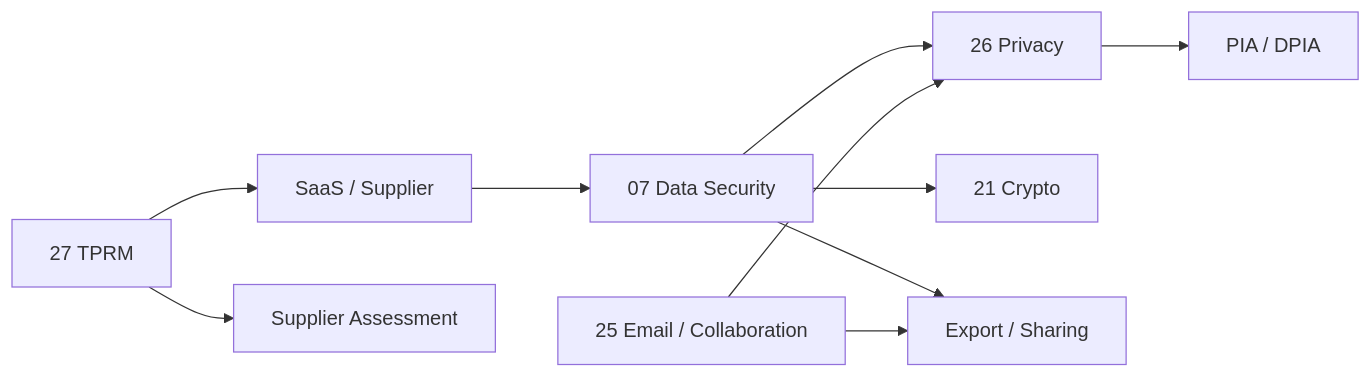
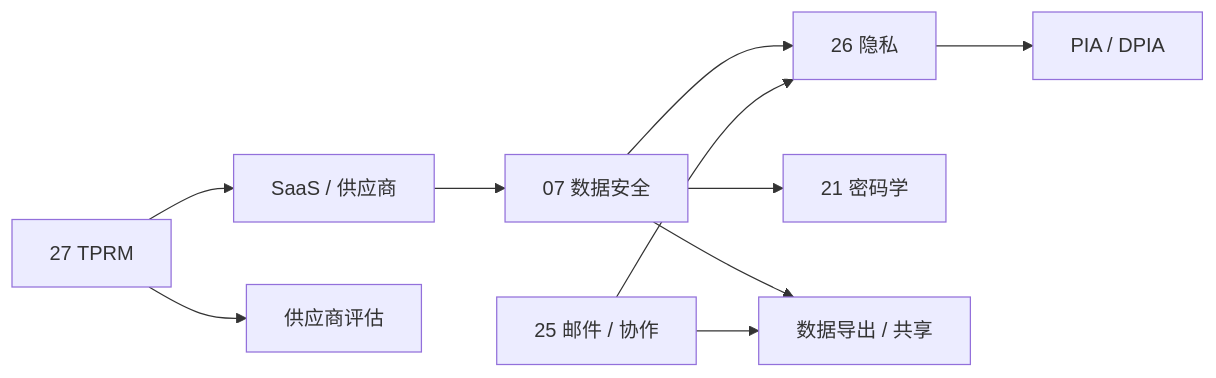
One commit to xiaochen201807/company-network-security-docs changed the sixth of 10 diagrams in docs/公司安全知识图谱.md. Above: the diagram before and after it, drawn with Mermaid. The commit also changed other lines of this file and 81 other files, not shown here.

```diff
--- a/docs/公司安全知识图谱.md
+++ b/docs/公司安全知识图谱.md
@@ -311,15 +311,15 @@
 ~~~mermaid
 flowchart LR
-    DATA["07 Data Security"] --> PRIV["26 Privacy"]
-    DATA --> CRYPTO["21 Crypto"]
-    DATA --> EXPORT["Export / Sharing"]
+    DATA["07 数据安全"] --> PRIV["26 隐私"]
+    DATA --> CRYPTO["21 密码学"]
+    DATA --> EXPORT["数据导出 / 共享"]
 
-    VENDOR["27 TPRM"] --> SAAS["SaaS / Supplier"]
+    VENDOR["27 TPRM"] --> SAAS["SaaS / 供应商"]
     SAAS --> DATA
 
-    EMAIL["25 Email / Collaboration"] --> EXPORT
+    EMAIL["25 邮件 / 协作"] --> EXPORT
     EMAIL --> PRIV
 
     PRIV --> PIA["PIA / DPIA"]
-    VENDOR --> REVIEW["Supplier Assessment"]
+    VENDOR --> REVIEW["供应商评估"]
 ~~~
```
